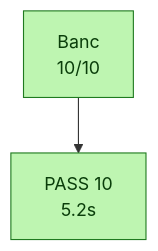
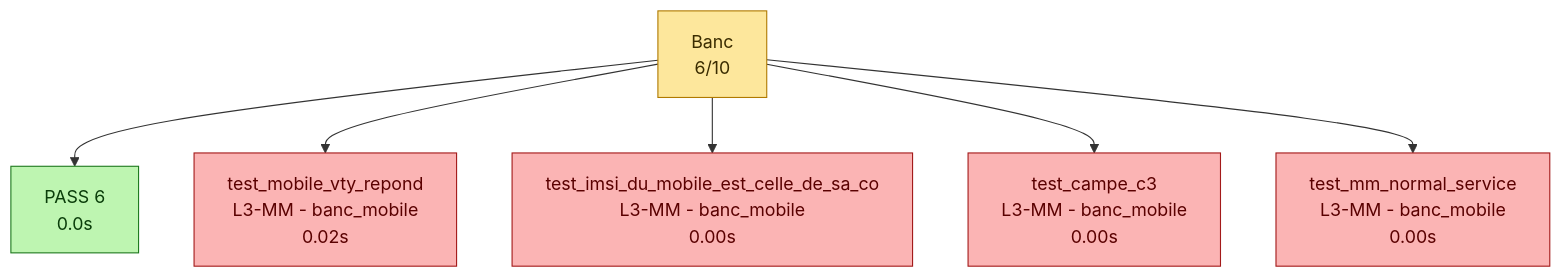
The second of 2 diagrams in pytest/mobile/test_results.md (bbaranoff/tests), drawn with Mermaid before and after one commit. The commit also changed other lines of this file and 129 other files, not shown here.

````diff
--- a/pytest/mobile/test_results.md
+++ b/pytest/mobile/test_results.md
@@ -87,12 +89,20 @@
 ```mermaid
 flowchart TB
   classDef pass    fill:#bef5b1,stroke:#1f7a1f,color:#0a3d0a;
   classDef partial fill:#fde79c,stroke:#b07a00,color:#3a2c00;
   classDef fail    fill:#fbb4b4,stroke:#a31a1a,color:#5a0000;
   classDef skip    fill:#e0e0e0,stroke:#6a6a6a,color:#333;
   classDef xfail   fill:#fde79c,stroke:#b07a00,color:#3a2c00;
-  C_Banc["Banc<br/>10/10"]
-  C_Banc --> T_001_pass_grp_Banc["PASS 10<br/>5.2s"]
-  class C_Banc pass;
+  C_Banc["Banc<br/>6/10"]
+  C_Banc --> T_001_pass_grp_Banc["PASS 6<br/>0.0s"]
+  C_Banc --> T_002_test_mobile_vty_repond["test_mobile_vty_repond<br/>L3-MM - banc_mobile<br/>0.02s"]
+  C_Banc --> T_003_test_imsi_du_mobile_est_celle_de_sa_conf["test_imsi_du_mobile_est_celle_de_sa_co<br/>L3-MM - banc_mobile<br/>0.00s"]
+  C_Banc --> T_004_test_campe_c3["test_campe_c3<br/>L3-MM - banc_mobile<br/>0.00s"]
+  C_Banc --> T_005_test_mm_normal_service["test_mm_normal_service<br/>L3-MM - banc_mobile<br/>0.00s"]
+  class C_Banc partial;
   class T_001_pass_grp_Banc pass;
+  class T_002_test_mobile_vty_repond fail;
+  class T_003_test_imsi_du_mobile_est_celle_de_sa_conf fail;
+  class T_004_test_campe_c3 fail;
+  class T_005_test_mm_normal_service fail;
 ```
````
